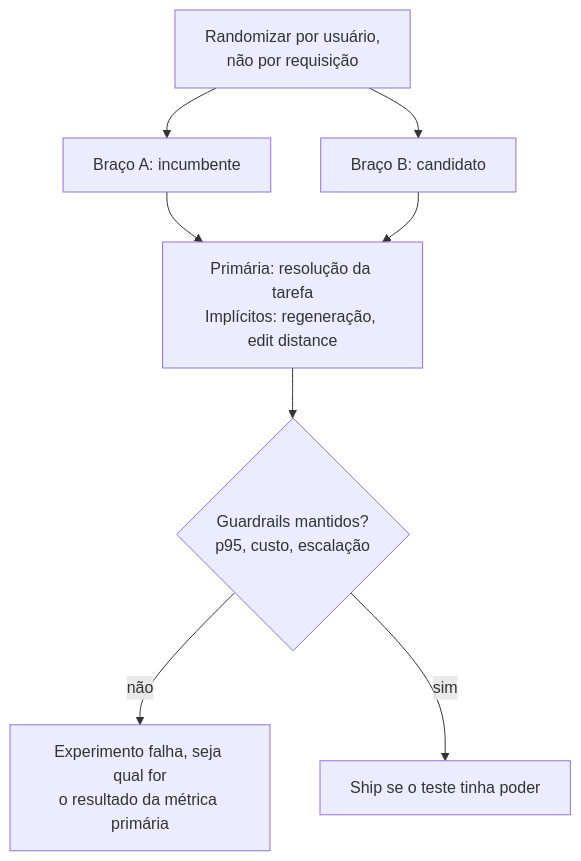
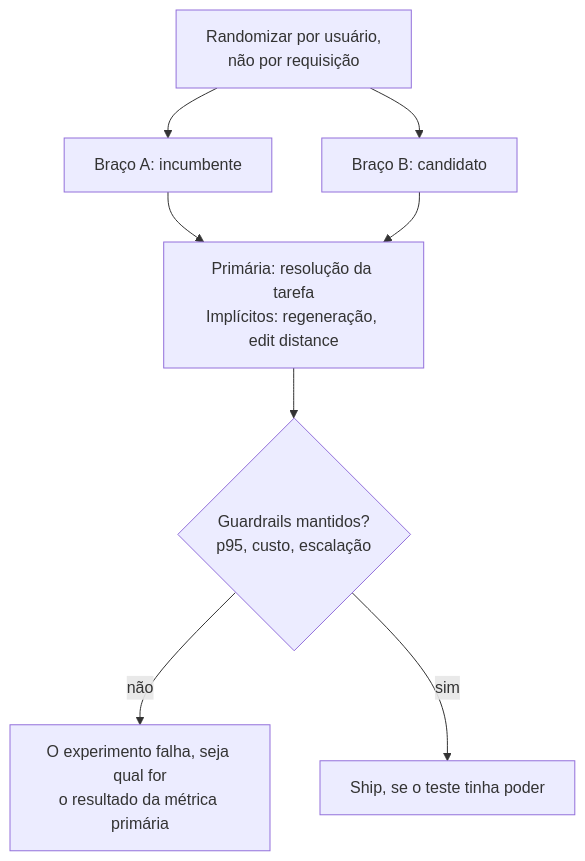
Diagram 13 of 28 in 07-evaluation-and-observability/questions.pt-BR.md (andrevberaldo/AI-Engineer-Interview-Questions), drawn with Mermaid before and after one commit. The commit also changed other lines of this file and 1 other file, not shown here.

````diff
--- a/07-evaluation-and-observability/questions.pt-BR.md
+++ b/07-evaluation-and-observability/questions.pt-BR.md
@@ -700,10 +700,10 @@
 ```mermaid
 flowchart TD
     U["Randomizar por usuário,<br/>não por requisição"] --> A["Braço A: incumbente"]
     U --> B["Braço B: candidato"]
     A --> M["Primária: resolução da tarefa<br/>Implícitos: regeneração, edit distance"]
     B --> M
     M --> D{"Guardrails mantidos?<br/>p95, custo, escalação"}
-    D -->|"não"| K["Experimento falha, seja qual for<br/>o resultado da métrica primária"]
-    D -->|"sim"| S["Ship se o teste tinha poder"]
+    D -->|"não"| K["O experimento falha, seja qual for<br/>o resultado da métrica primária"]
+    D -->|"sim"| S["Ship, se o teste tinha poder"]
 ```
````
